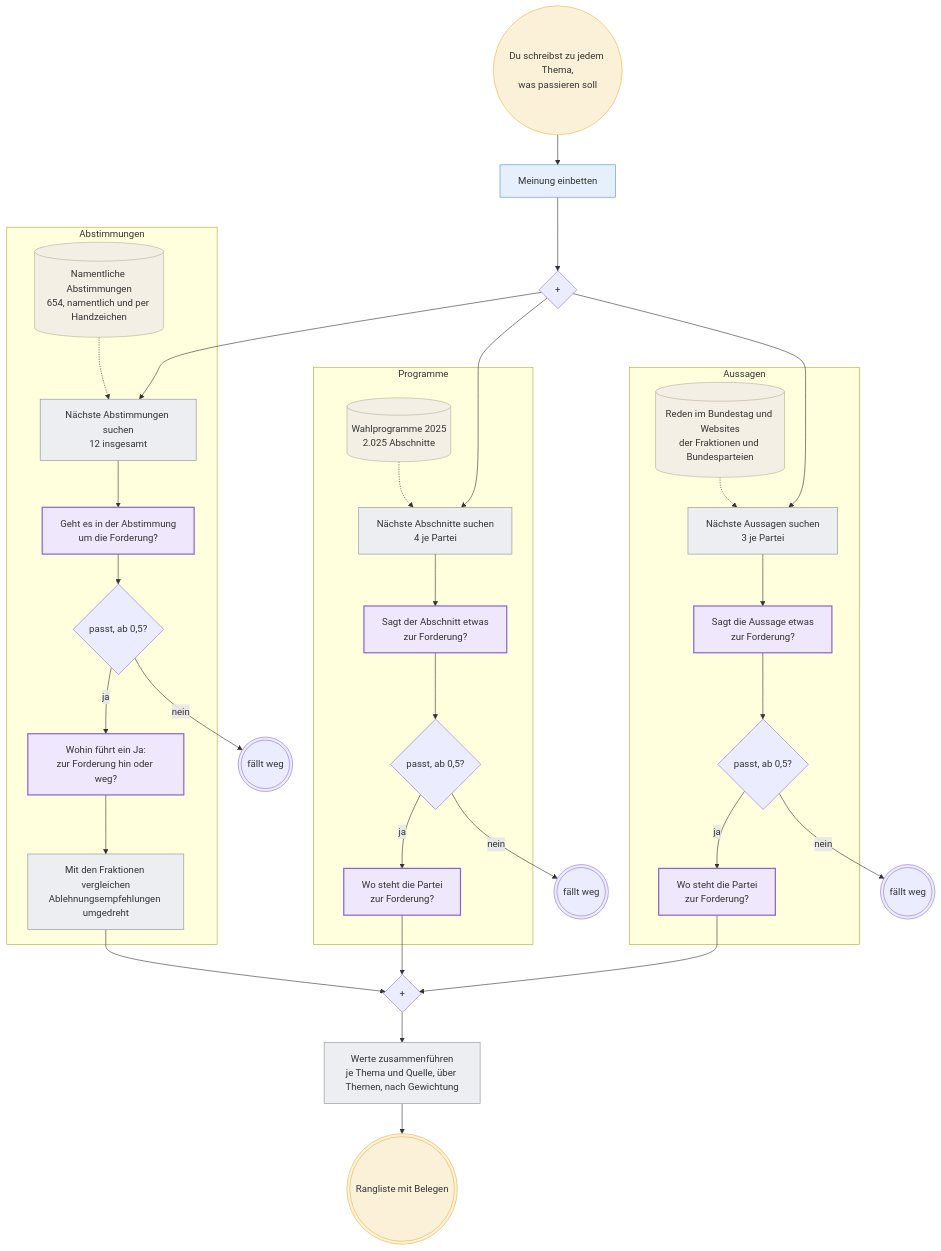
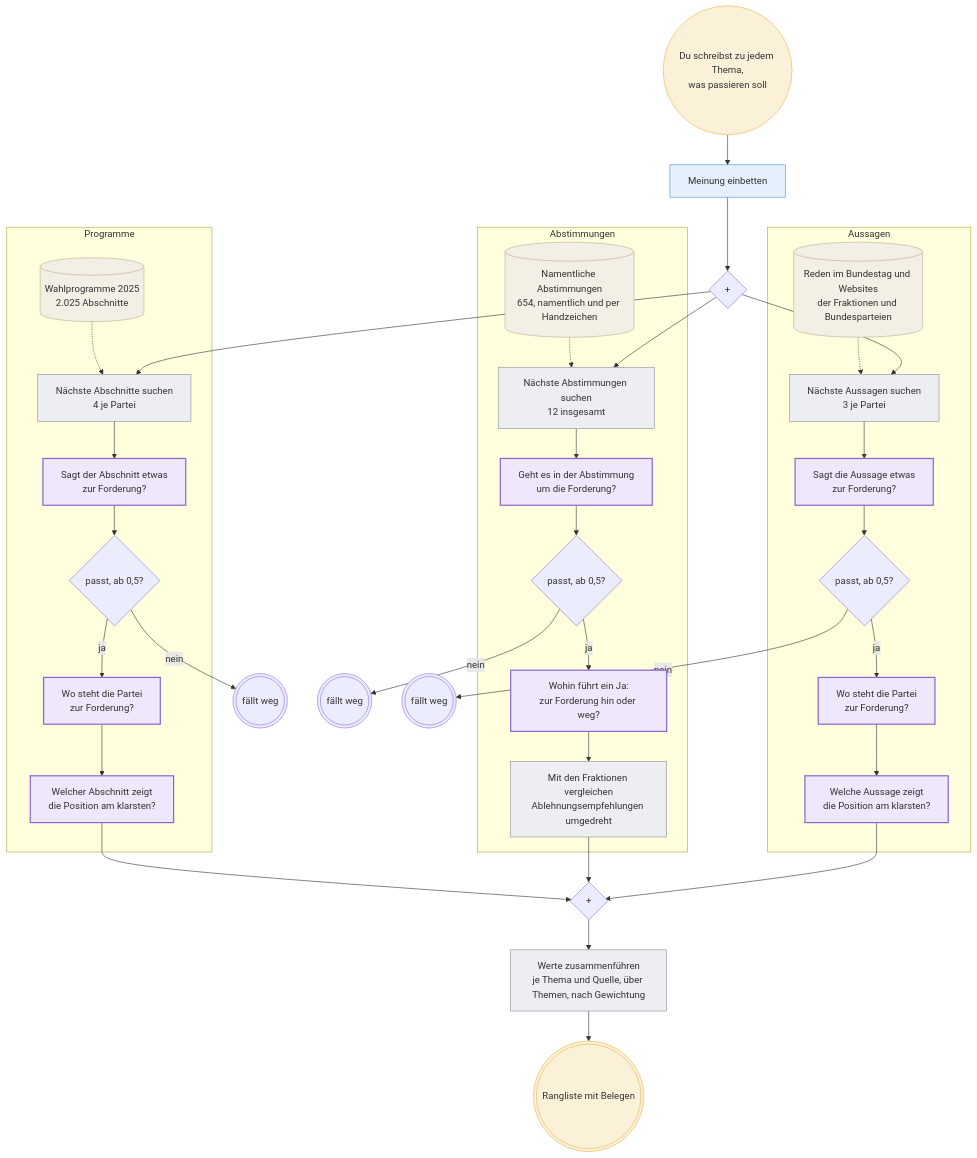
The diagram in docs/workflow.mmd (NicolasMahn/VotingAid), drawn with Mermaid before and after one commit. The commit also changed 5 other files, not shown here.

```diff
--- a/docs/workflow.mmd
+++ b/docs/workflow.mmd
@@ -1,52 +1,54 @@
 %% Voting Aid: from an opinion to the ranking. The same flow as workflow.html,
 %% as text: open it in mermaid.live, or import it into Excalidraw, draw.io or Miro.
 %% Circles are events, boxes tasks, diamonds decisions, cylinders data.
 flowchart TB
   start((Du schreibst zu jedem Thema,<br/>was passieren soll)):::person
   query[Meinung einbetten]:::voyage
   split{+}
   start --> query --> split
 
   subgraph Programme
     pdb[(Wahlprogramme 2025<br/>2.025 Abschnitte)]:::data
     psearch[Nächste Abschnitte suchen<br/>4 je Partei]:::code
     prel[Sagt der Abschnitt etwas<br/>zur Forderung?]:::jev
     pgate{passt, ab 0,5?}
     pmatch[Wo steht die Partei<br/>zur Forderung?]:::jev
-    pdb -.-> psearch --> prel --> pgate -->|ja| pmatch
+    psource[Welcher Abschnitt zeigt<br/>die Position am klarsten?]:::jev
+    pdb -.-> psearch --> prel --> pgate -->|ja| pmatch --> psource
   end
 
   subgraph Abstimmungen
     vdb[(Namentliche Abstimmungen<br/>654, namentlich und per Handzeichen)]:::data
     vsearch[Nächste Abstimmungen suchen<br/>12 insgesamt]:::code
     vrel[Geht es in der Abstimmung<br/>um die Forderung?]:::jev
     vgate{passt, ab 0,5?}
     vdir[Wohin führt ein Ja:<br/>zur Forderung hin oder weg?]:::jev
     vcompare[Mit den Fraktionen vergleichen<br/>Ablehnungsempfehlungen umgedreht]:::code
     vdb -.-> vsearch --> vrel --> vgate -->|ja| vdir --> vcompare
   end
 
   subgraph Aussagen
     sdb[(Reden im Bundestag und Websites<br/>der Fraktionen und Bundesparteien)]:::data
     ssearch[Nächste Aussagen suchen<br/>3 je Partei]:::code
     srel[Sagt die Aussage etwas<br/>zur Forderung?]:::jev
     sgate{passt, ab 0,5?}
     smatch[Wo steht die Partei<br/>zur Forderung?]:::jev
-    sdb -.-> ssearch --> srel --> sgate -->|ja| smatch
+    ssource[Welche Aussage zeigt<br/>die Position am klarsten?]:::jev
+    sdb -.-> ssearch --> srel --> sgate -->|ja| smatch --> ssource
   end
 
   split --> psearch & vsearch & ssearch
   join{+}
-  pmatch & vcompare & smatch --> join
+  psource & vcompare & ssource --> join
   pgate -->|nein| pdrop(((fällt weg)))
   vgate -->|nein| vdrop(((fällt weg)))
   sgate -->|nein| sdrop(((fällt weg)))
   combine[Werte zusammenführen<br/>je Thema und Quelle, über Themen, nach Gewichtung]:::code
   done(((Rangliste mit Belegen))):::person
   join --> combine --> done
 
   classDef person fill:#fbf1d9,stroke:#e8b54a
   classDef voyage fill:#e6effc,stroke:#4f8fe0
   classDef jev fill:#efe7fb,stroke:#8a63d2,stroke-width:2px
   classDef code fill:#eceef1,stroke:#8a8f98
   classDef data fill:#f4efe4,stroke:#b9ae97
```
